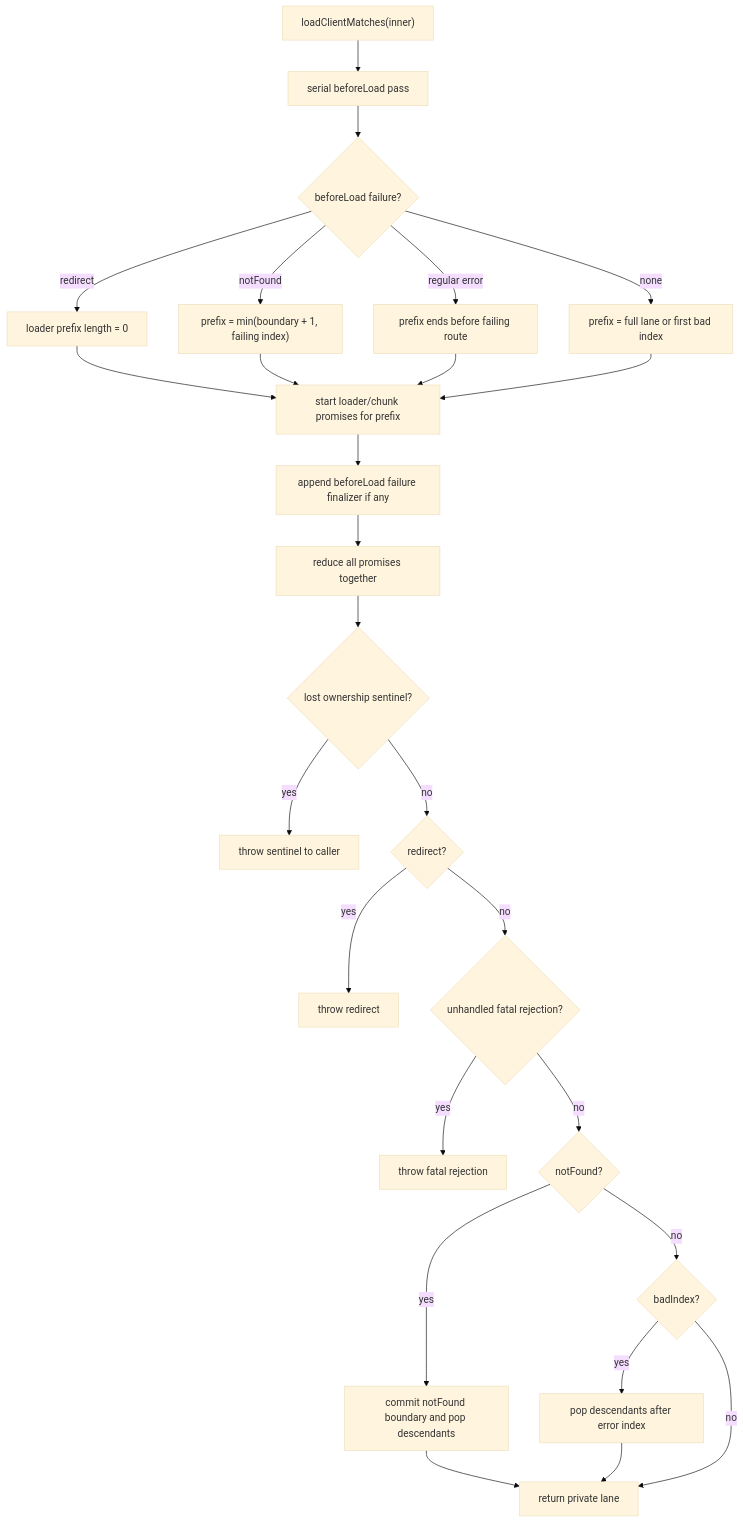
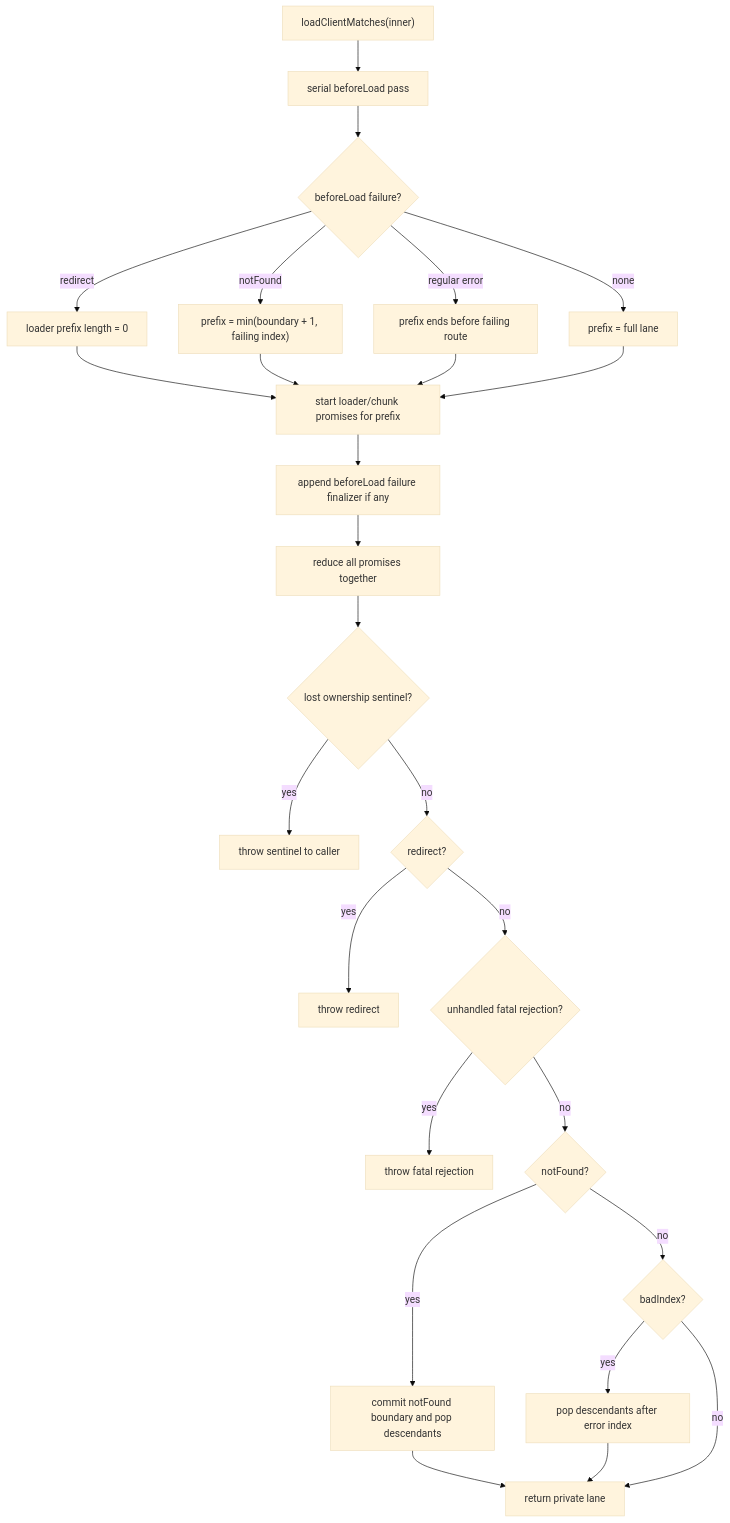
Before and after one commit to TanStack/router: the fourth of 12 diagrams in packages/router-core/INTERNALS.md, drawn with Mermaid (base theme). The commit also changed other lines of this file and 5 other files, not shown here.

````diff
--- a/packages/router-core/INTERNALS.md
+++ b/packages/router-core/INTERNALS.md
@@ -371,30 +372,30 @@
 ```mermaid
 flowchart TD
   Start["loadClientMatches(inner)"] --> BL["serial beforeLoad pass"]
   BL --> BF{"beforeLoad failure?"}
   BF -->|"redirect"| Prefix0["loader prefix length = 0"]
   BF -->|"notFound"| NFPrefix["prefix = min(boundary + 1, failing index)"]
   BF -->|"regular error"| ErrPrefix["prefix ends before failing route"]
-  BF -->|"none"| FullPrefix["prefix = full lane or first bad index"]
+  BF -->|"none"| FullPrefix["prefix = full lane"]
 
   Prefix0 --> Loaders["start loader/chunk promises for prefix"]
   NFPrefix --> Loaders
   ErrPrefix --> Loaders
   FullPrefix --> Loaders
 
   Loaders --> FinalizeBL["append beforeLoad failure finalizer if any"]
   FinalizeBL --> Reduce["reduce all promises together"]
   Reduce --> Stale{"lost ownership sentinel?"}
   Stale -->|"yes"| ThrowStale["throw sentinel to caller"]
   Stale -->|"no"| Redirect{"redirect?"}
   Redirect -->|"yes"| ThrowRedirect["throw redirect"]
   Redirect -->|"no"| Fatal{"unhandled fatal rejection?"}
   Fatal -->|"yes"| ThrowFatal["throw fatal rejection"]
   Fatal -->|"no"| NotFound{"notFound?"}
   NotFound -->|"yes"| CommitBoundary["commit notFound boundary and pop descendants"]
   NotFound -->|"no"| ErrorIndex{"badIndex?"}
   ErrorIndex -->|"yes"| PopAfterError["pop descendants after error index"]
   ErrorIndex -->|"no"| Done["return private lane"]
   CommitBoundary --> Done
   PopAfterError --> Done
 ```
````
